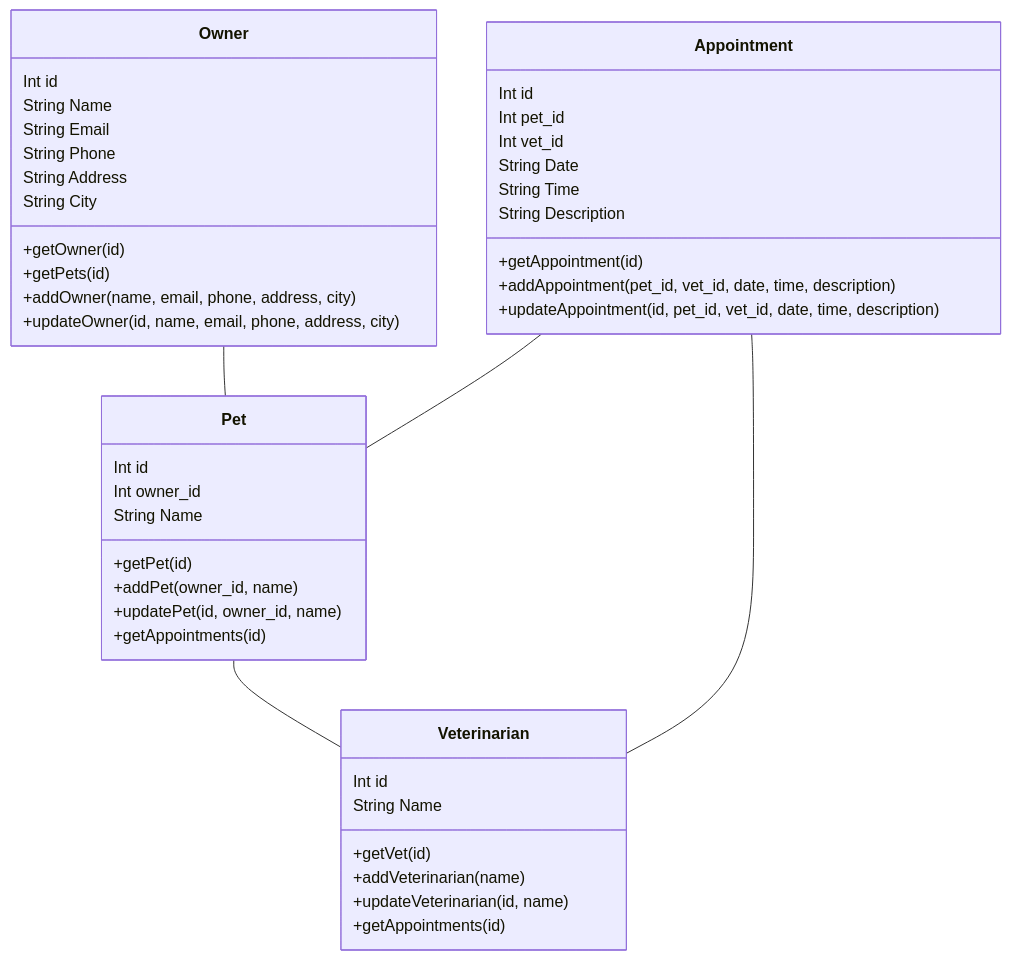
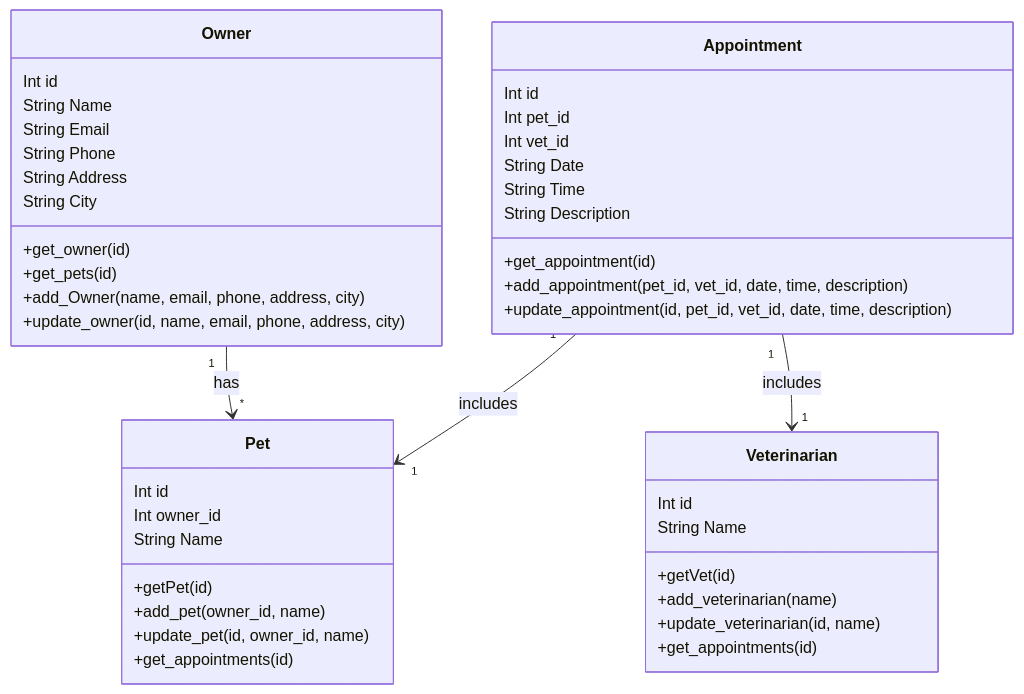
The second of 2 diagrams in README.md (RCristiano/api-agenda), drawn with Mermaid before and after one commit.

Commit message:
📝 Updates class diagram

````diff
--- a/README.md
+++ b/README.md
@@ -37,47 +37,46 @@
 ```mermaid
 classDiagram
     class Owner{
         Int id
         String Name
         String Email
         String Phone
         String Address
         String City
-        +getOwner(id)
-        +getPets(id)
-        +addOwner(name, email, phone, address, city)
-        +updateOwner(id, name, email, phone, address, city)
+        +get_owner(id)
+        +get_pets(id)
+        +add_Owner(name, email, phone, address, city)
+        +update_owner(id, name, email, phone, address, city)
     }
     class Pet{
         Int id
         Int owner_id
         String Name
         +getPet(id)
-        +addPet(owner_id, name)
-        +updatePet(id, owner_id, name)
-        +getAppointments(id)
+        +add_pet(owner_id, name)
+        +update_pet(id, owner_id, name)
+        +get_appointments(id)
     }
     class Veterinarian{
         Int id
         String Name
         +getVet(id)
-        +addVeterinarian(name)
-        +updateVeterinarian(id, name)
-        +getAppointments(id)
+        +add_veterinarian(name)
+        +update_veterinarian(id, name)
+        +get_appointments(id)
     }
     class Appointment{
         Int id
         Int pet_id
         Int vet_id
         String Date
         String Time
         String Description
-        +getAppointment(id)
-        +addAppointment(pet_id, vet_id, date, time, description)
-        +updateAppointment(id, pet_id, vet_id, date, time, description)
+        +get_appointment(id)
+        +add_appointment(pet_id, vet_id, date, time, description)
+        +update_appointment(id, pet_id, vet_id, date, time, description)
     }
-    Owner -- Pet
-    Pet -- Veterinarian
-    Appointment -- Pet
-    Appointment -- Veterinarian
+    Owner "1" --> "*" Pet : has
+    Appointment "1" --> "1" Pet : includes
+    Appointment "1" --> "1" Veterinarian : includes
 ```
````
